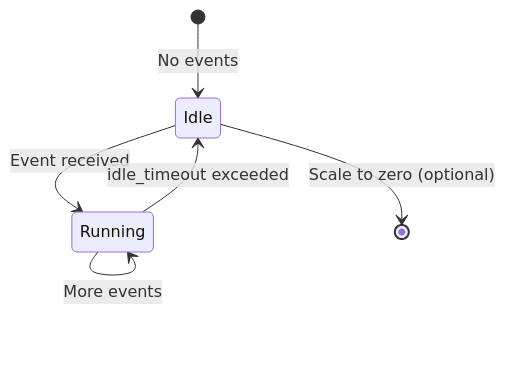
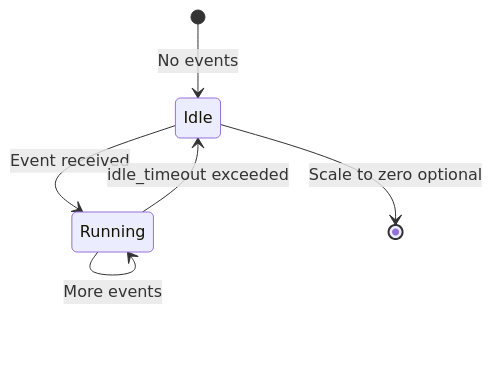
The third of 3 diagrams in docs/architecture/data_model/orchestration.md (c7121/trace), drawn with Mermaid before and after one commit. The commit also changed other lines of this file and 11 other files, not shown here.

````diff
--- a/docs/architecture/data_model/orchestration.md
+++ b/docs/architecture/data_model/orchestration.md
@@ -353,8 +353,8 @@
 ```mermaid
 stateDiagram-v2
     [*] --> Idle: No events
     Idle --> Running: Event received
     Running --> Running: More events
     Running --> Idle: idle_timeout exceeded
-    Idle --> [*]: Scale to zero (optional)
+    Idle --> [*]: Scale to zero optional
 ```
````
